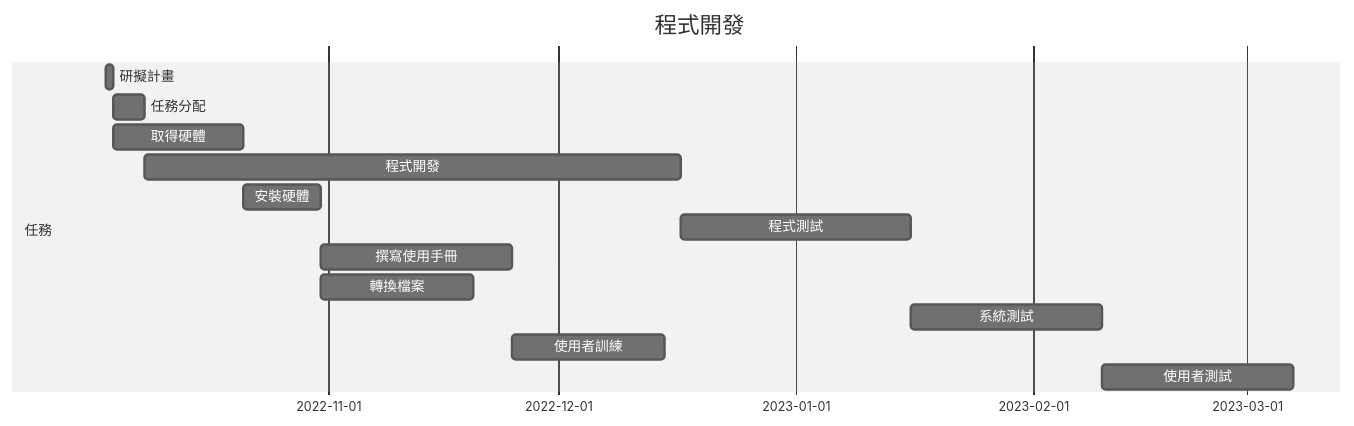
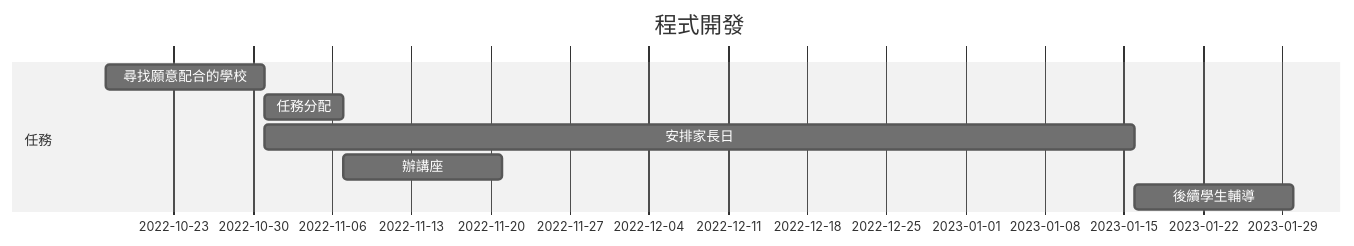
Before and after one commit to mark13578/2022-sasd: the diagram in date.md, drawn with Mermaid (neutral theme). The commit also changed other lines of this file, not shown here.

````diff
--- a/date.md
+++ b/date.md
@@ -3,17 +3,12 @@
 ```mermaid
 gantt
     title 程式開發
     
     section 任務
-    研擬計畫:a1, 2022-10-03,1d
-    任務分配:a2, after a1,4d
-    取得硬體:a3, after a1,17d
-    程式開發:a4, after a2,70d
-    安裝硬體:a5, after a3,10d
-    程式測試:a6, after a4,30d
-    撰寫使用手冊:a7, after a5,25d
-    轉換檔案:a8, after a5,20d
-    系統測試:a9, after a6,25d
-    使用者訓練:a10, after a7 a8,20d
-    使用者測試:a11, after a9 a10,25d
+    尋找願意配合的學校:a1, 2022-10-17,14d
+    任務分配:a2, after a1,7d
+    安排家長日:a3, after a1,77d
+    辦講座:a4, after a2,14d
+    後續學生輔導:a5, after a3,14d
+    
 ```
````
